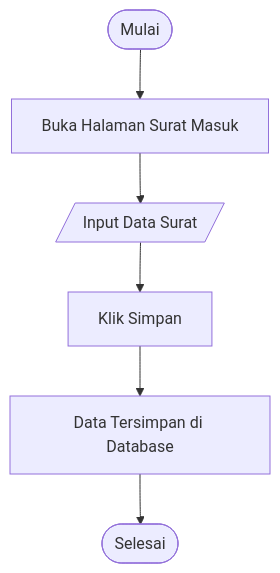
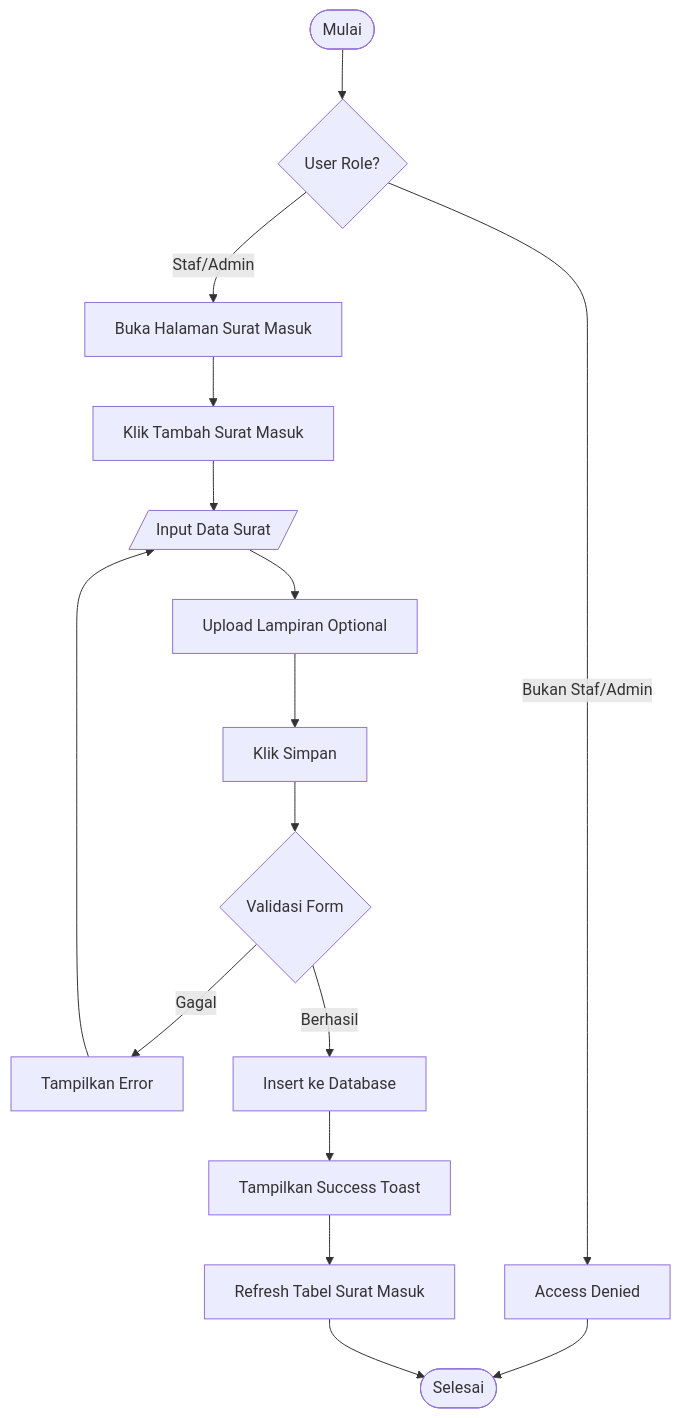
The second of 10 diagrams in docs/flowchart.md (iqbalgsr46/sipas), drawn with Mermaid before and after one commit. The commit also changed other lines of this file and 10 other files, not shown here.

````diff
--- a/docs/flowchart.md
+++ b/docs/flowchart.md
@@ -14,8 +19,18 @@
 ```mermaid
 graph TD
-    A([Mulai]) --> B[Buka Halaman Surat Masuk]
-    B --> C[/Input Data Surat/]
-    C --> D[Klik Simpan]
-    D --> E[Data Tersimpan di Database]
-    E --> F([Selesai])
+    A([Mulai]) --> B{User Role?}
+    B -->|Bukan Staf/Admin| C[Access Denied]
+    C --> Z([Selesai])
+    B -->|Staf/Admin| D[Buka Halaman Surat Masuk]
+    D --> E[Klik Tambah Surat Masuk]
+    E --> F[/Input Data Surat/]
+    F --> G[Upload Lampiran Optional]
+    G --> H[Klik Simpan]
+    H --> I{Validasi Form}
+    I -->|Gagal| J[Tampilkan Error]
+    J --> F
+    I -->|Berhasil| K[Insert ke Database]
+    K --> L[Tampilkan Success Toast]
+    L --> M[Refresh Tabel Surat Masuk]
+    M --> Z
 ```
````
